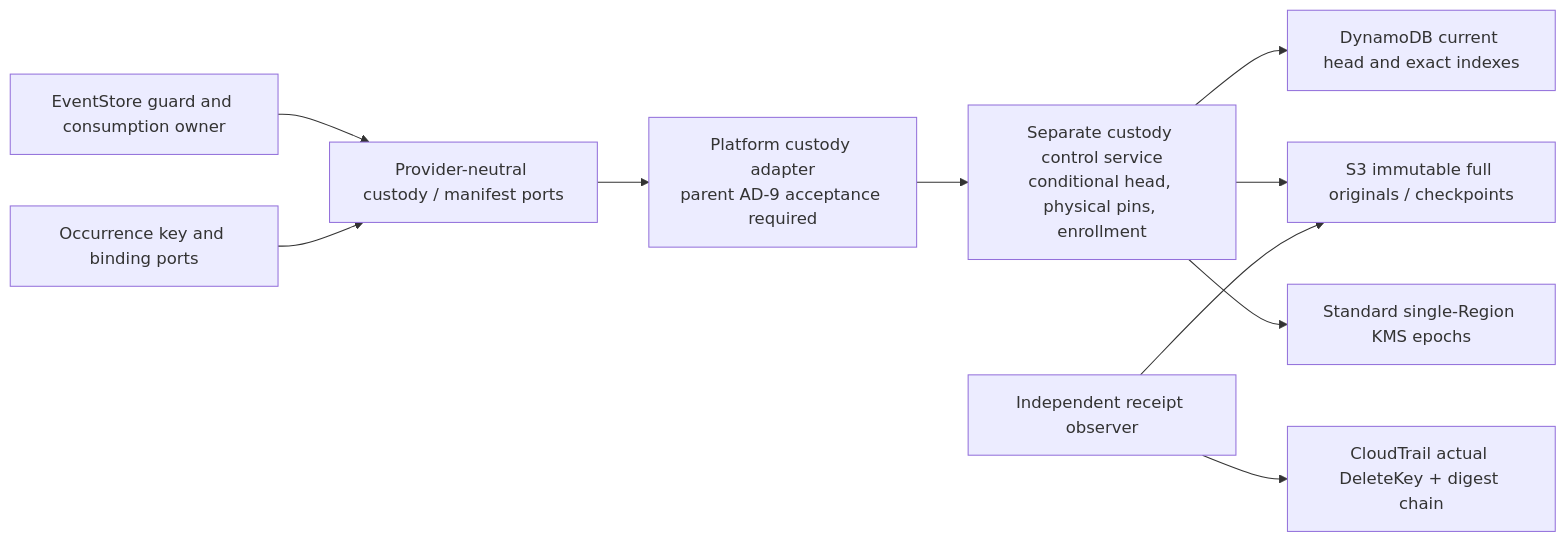
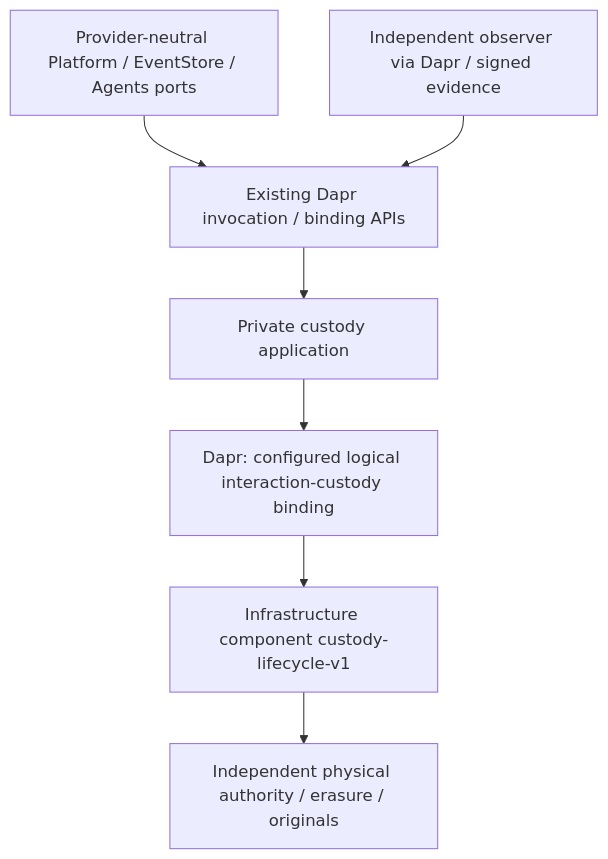
The diagram in _bmad-output/planning-artifacts/architecture/architecture-ext-protection-1-custody-2026-10-18/ARCHITECTURE-SPINE.md (Hexalith/Hexalith.Platform), drawn with Mermaid before and after one commit. The commit also changed other lines of this file and 28 other files, not shown here.

````diff
--- a/_bmad-output/planning-artifacts/architecture/architecture-ext-protection-1-custody-2026-10-18/ARCHITECTURE-SPINE.md
+++ b/_bmad-output/planning-artifacts/architecture/architecture-ext-protection-1-custody-2026-10-18/ARCHITECTURE-SPINE.md
@@ -93,12 +122,9 @@
 ```mermaid
-flowchart LR
-    E["EventStore guard and consumption owner"] --> P["Provider-neutral custody / manifest ports"]
-    O["Occurrence key and binding ports"] --> P
-    P --> A["Platform custody adapter\nparent AD-9 acceptance required"]
-    A --> C["Separate custody control service\nconditional head, physical pins, enrollment"]
-    C --> D["DynamoDB current head and exact indexes"]
-    C --> S["S3 immutable full originals / checkpoints"]
-    C --> K["Standard single-Region KMS epochs"]
-    R["Independent receipt observer"] --> T["CloudTrail actual DeleteKey + digest chain"]
-    R --> S
+flowchart TD
+    Apps["Provider-neutral Platform / EventStore / Agents ports"] --> Dapr["Existing Dapr invocation / binding APIs"]
+    Dapr --> Custody["Private custody application"]
+    Custody --> Binding["Dapr: configured logical interaction-custody binding"]
+    Binding --> Component["Infrastructure component custody-lifecycle-v1"]
+    Component --> Physical["Independent physical authority / erasure / originals"]
+    Observer["Independent observer via Dapr / signed evidence"] --> Dapr
 ```
````
